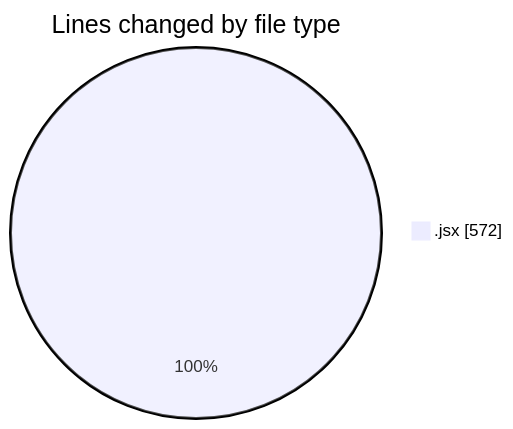
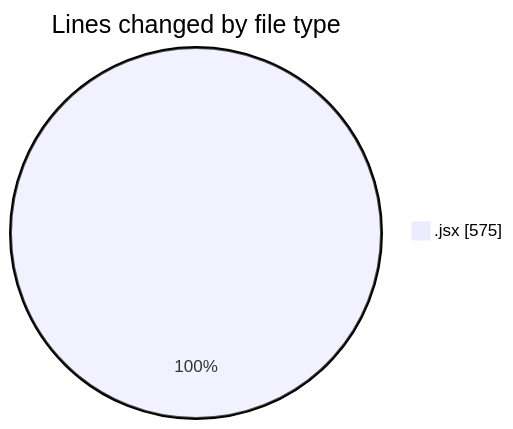
One commit to nxtqubesakshisongat/code-tracking changed the first of 2 diagrams in 2025-05-13/argos-dev/README.md. Above: the diagram before and after it, drawn with Mermaid. The commit also changed other lines of this file and 1 other file, not shown here.

````diff
--- a/2025-05-13/argos-dev/README.md
+++ b/2025-05-13/argos-dev/README.md
@@ -21,5 +21,5 @@
 ```mermaid
 pie showData
 title Lines changed by file type
-".jsx" : 572
+".jsx" : 575
 ```
````
